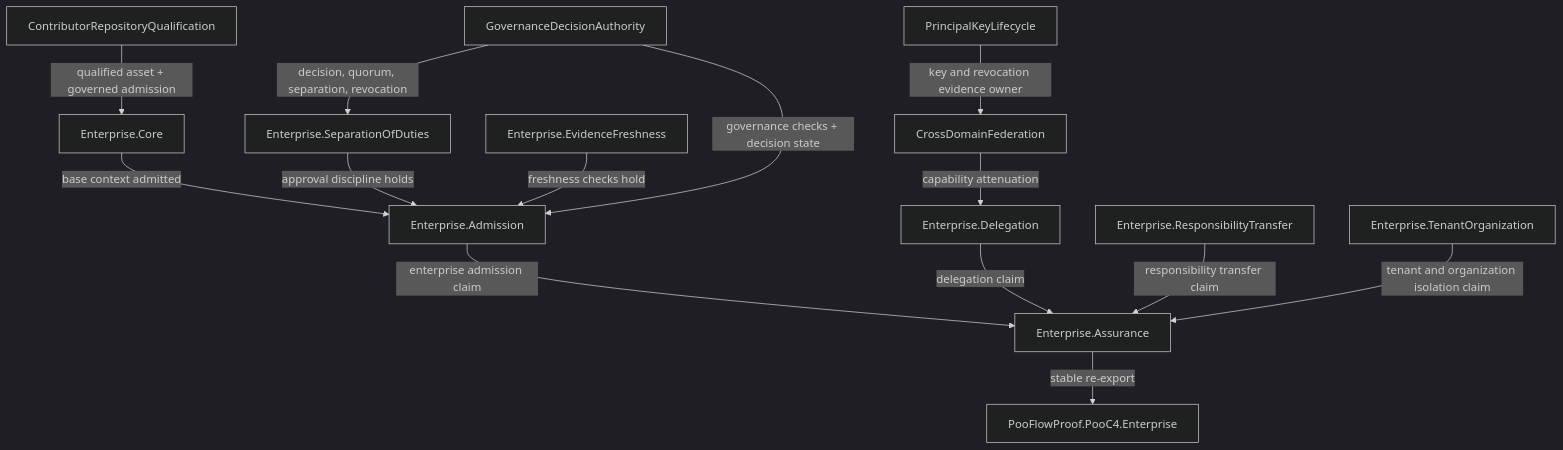
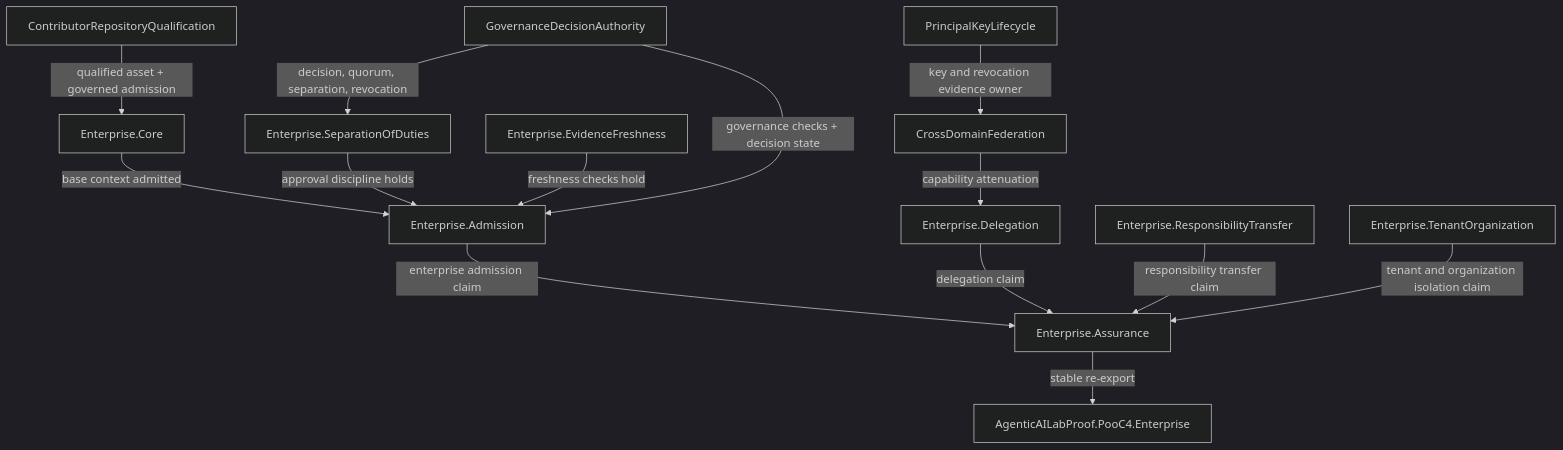
Before and after one commit to tao3k/gebril-yuanxu: the diagram in module-system/design/45-129-enterprise-assurance-proof-module-family.org, drawn with Mermaid (dark theme). The commit also changed other lines of this file and 507 other files, not shown here.

```diff
--- a/module-system/design/45-129-enterprise-assurance-proof-module-family.org
+++ b/module-system/design/45-129-enterprise-assurance-proof-module-family.org
@@ -64,31 +64,31 @@
 #+begin_src mermaid
 flowchart TD
     CQ["ContributorRepositoryQualification"]
     GD["GovernanceDecisionAuthority"]
     KF["PrincipalKeyLifecycle"]
     FD["CrossDomainFederation"]
 
     EC["Enterprise.Core"]
     EF["Enterprise.EvidenceFreshness"]
     ES["Enterprise.SeparationOfDuties"]
     EA["Enterprise.Admission"]
     ED["Enterprise.Delegation"]
     ER["Enterprise.ResponsibilityTransfer"]
     ET["Enterprise.TenantOrganization"]
     EX["Enterprise.Assurance"]
-    API["PooFlowProof.PooC4.Enterprise"]
+    API["AgenticAILabProof.PooC4.Enterprise"]
 
     CQ -->|"qualified asset + governed admission"| EC
     GD -->|"decision, quorum, separation, revocation"| ES
     GD -->|"governance checks + decision state"| EA
     EC -->|"base context admitted"| EA
     EF -->|"freshness checks hold"| EA
     ES -->|"approval discipline holds"| EA
     KF -->|"key and revocation evidence owner"| FD
     FD -->|"capability attenuation"| ED
     EA -->|"enterprise admission claim"| EX
     ED -->|"delegation claim"| EX
     ER -->|"responsibility transfer claim"| EX
     ET -->|"tenant and organization isolation claim"| EX
     EX -->|"stable re-export"| API
 #+end_src
```
